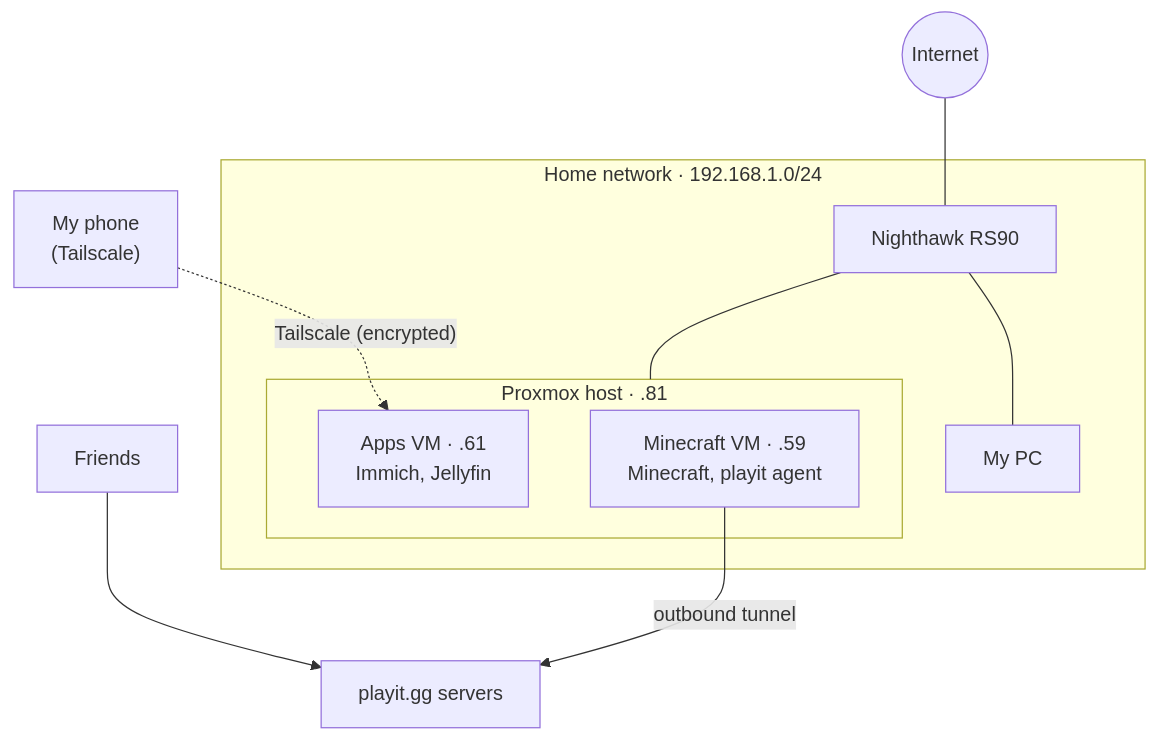
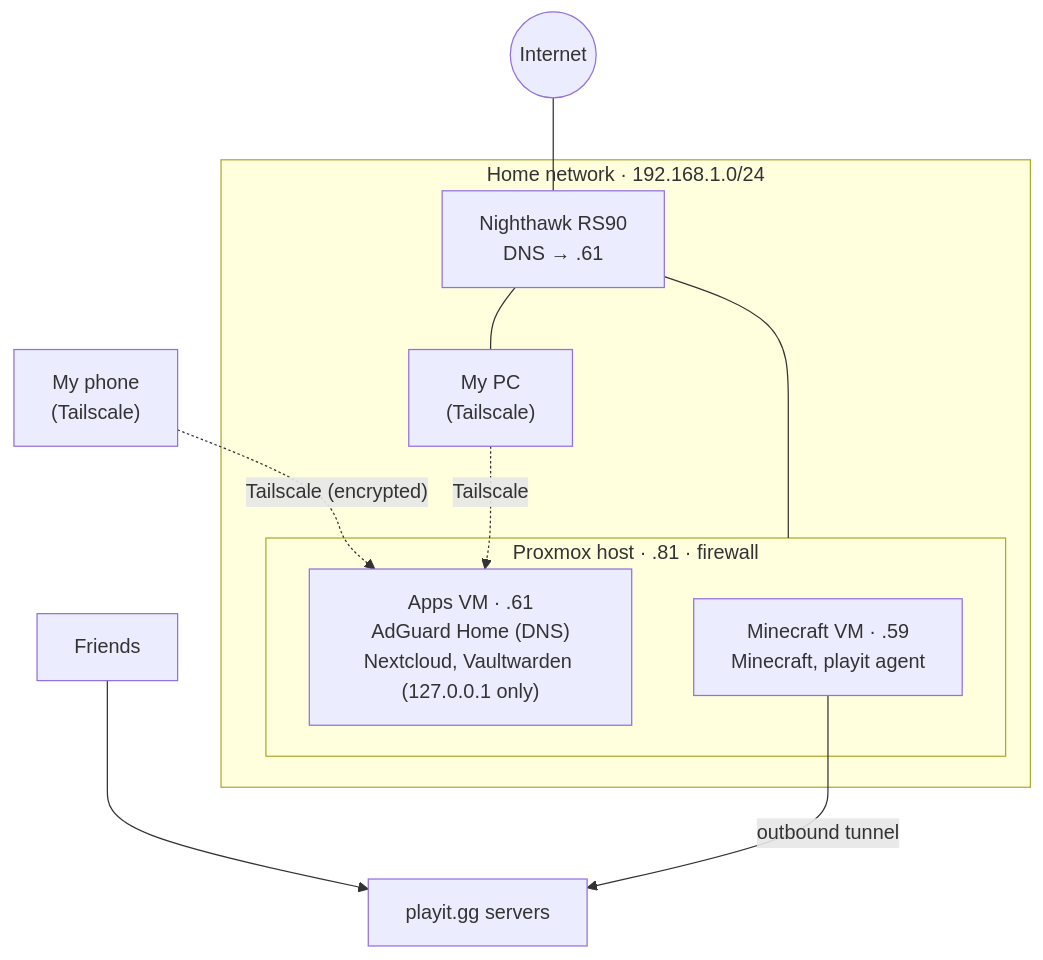
One commit to JM02-11/homelab changed the diagram in network/README.md. Above: the diagram before and after it, drawn with Mermaid. The commit also changed other lines of this file and 36 other files, not shown here.

First line of the commit message:
Rebuild as code: new DAS pool, Nextcloud/Vaultwarden/AdGuard, hardening, backups

````diff
--- a/network/README.md
+++ b/network/README.md
@@ -15,23 +17,24 @@
 ```mermaid
 graph TD
     Internet(("Internet"))
     Phone["My phone<br/>(Tailscale)"]
     Friends["Friends"]
     Playit["playit.gg servers"]
 
     subgraph LAN["Home network · 192.168.1.0/24"]
-        Router["Nighthawk RS90"]
-        PC["My PC"]
-        subgraph Host["Proxmox host · .81"]
-            Apps["Apps VM · .61<br/>Immich, Jellyfin"]
+        Router["Nighthawk RS90<br/>DNS → .61"]
+        PC["My PC<br/>(Tailscale)"]
+        subgraph Host["Proxmox host · .81 · firewall"]
+            Apps["Apps VM · .61<br/>AdGuard Home (DNS)<br/>Nextcloud, Vaultwarden (127.0.0.1 only)"]
             MC["Minecraft VM · .59<br/>Minecraft, playit agent"]
         end
     end
 
     Internet --- Router
     Router --- PC
     Router --- Host
     Phone -. "Tailscale (encrypted)" .-> Apps
+    PC -. "Tailscale" .-> Apps
     Friends --> Playit
     MC -- "outbound tunnel" --> Playit
 ```
````
